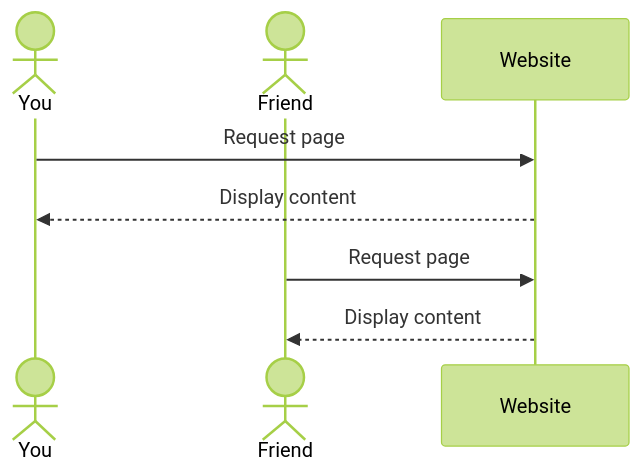
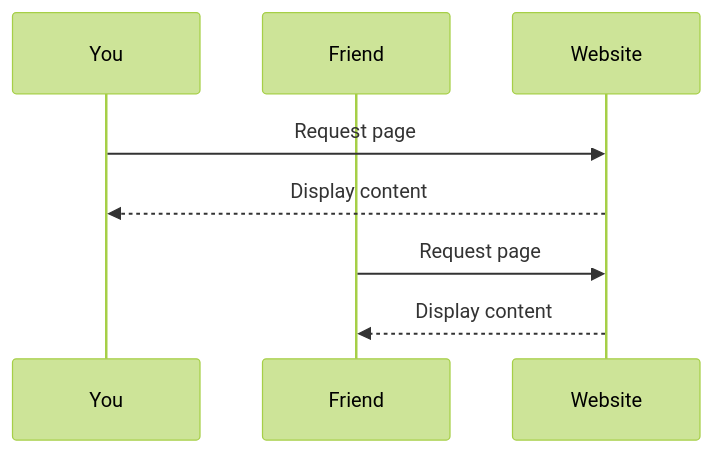
One commit to LizHenshaw100/startup changed the diagram in README.md. Above: the diagram before and after it, drawn with Mermaid (forest theme).

````diff
--- a/README.md
+++ b/README.md
@@ -36,12 +36,12 @@
 ```mermaid
 sequenceDiagram
-    actor You
-    actor Friend
+    participant You
+    participant Friend
     participant Website
 
     You->>Website: Request page
     Website-->>You: Display content
 
     Friend->>Website: Request page
     Website-->>Friend: Display content
 ```
````
